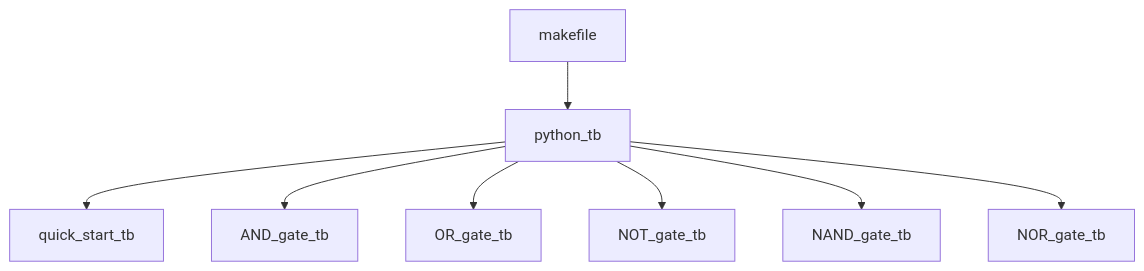
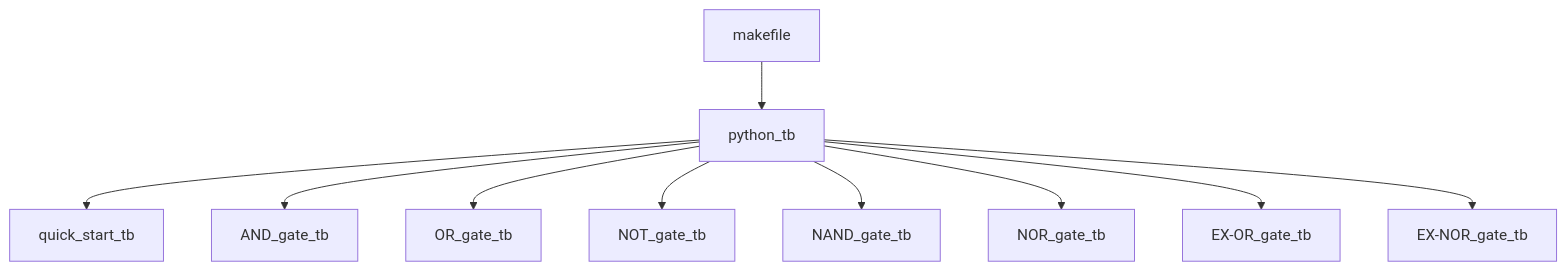
Before and after one commit to micherciu/cocotb_examples: the first of 3 diagrams in README.md, drawn with Mermaid. The commit also changed other lines of this file, not shown here.

Commit message:
[update] added documentation (EX-OR, EX-NOR): README.md

````diff
--- a/README.md
+++ b/README.md
@@ -26,10 +26,12 @@
     ```mermaid
     graph TD;
         makefile-->python_tb;
         python_tb-->quick_start_tb;
         python_tb-->AND_gate_tb;
         python_tb-->OR_gate_tb;
         python_tb-->NOT_gate_tb;
         python_tb-->NAND_gate_tb;
         python_tb-->NOR_gate_tb;
+        python_tb-->EX-OR_gate_tb;
+        python_tb-->EX-NOR_gate_tb;
     ```
````
